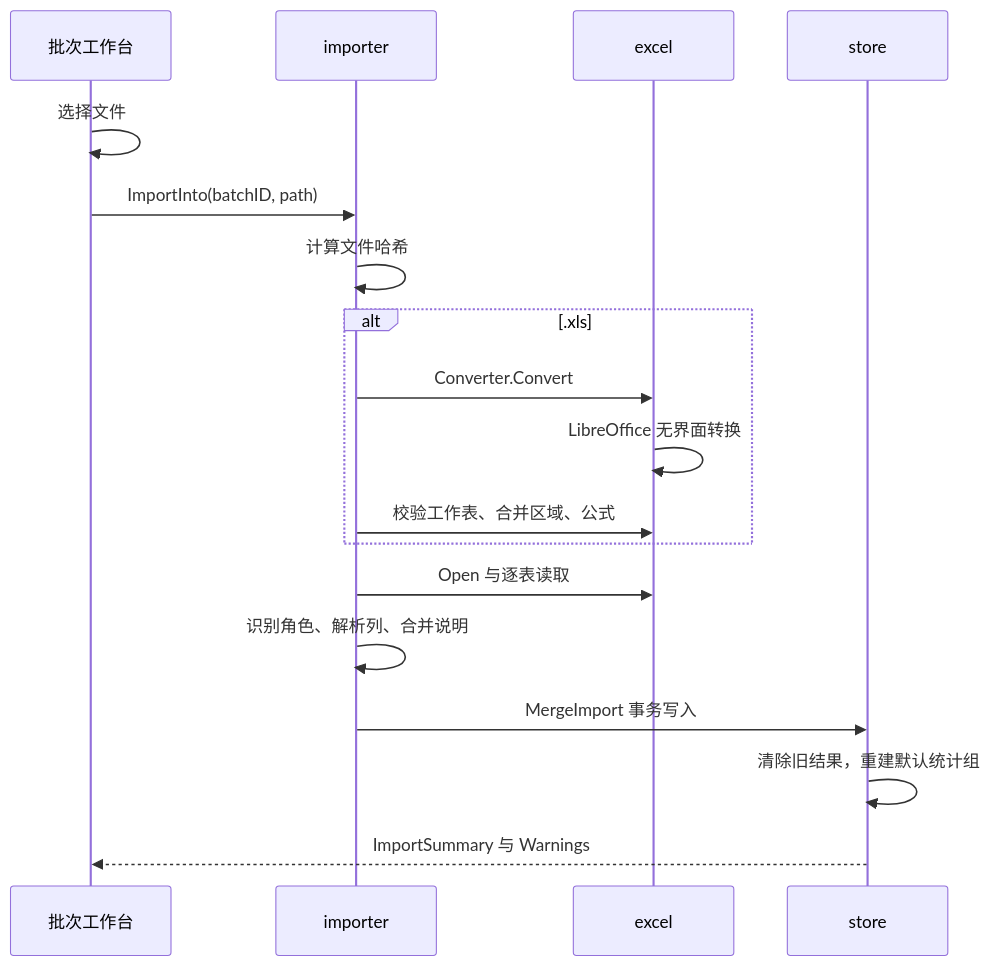
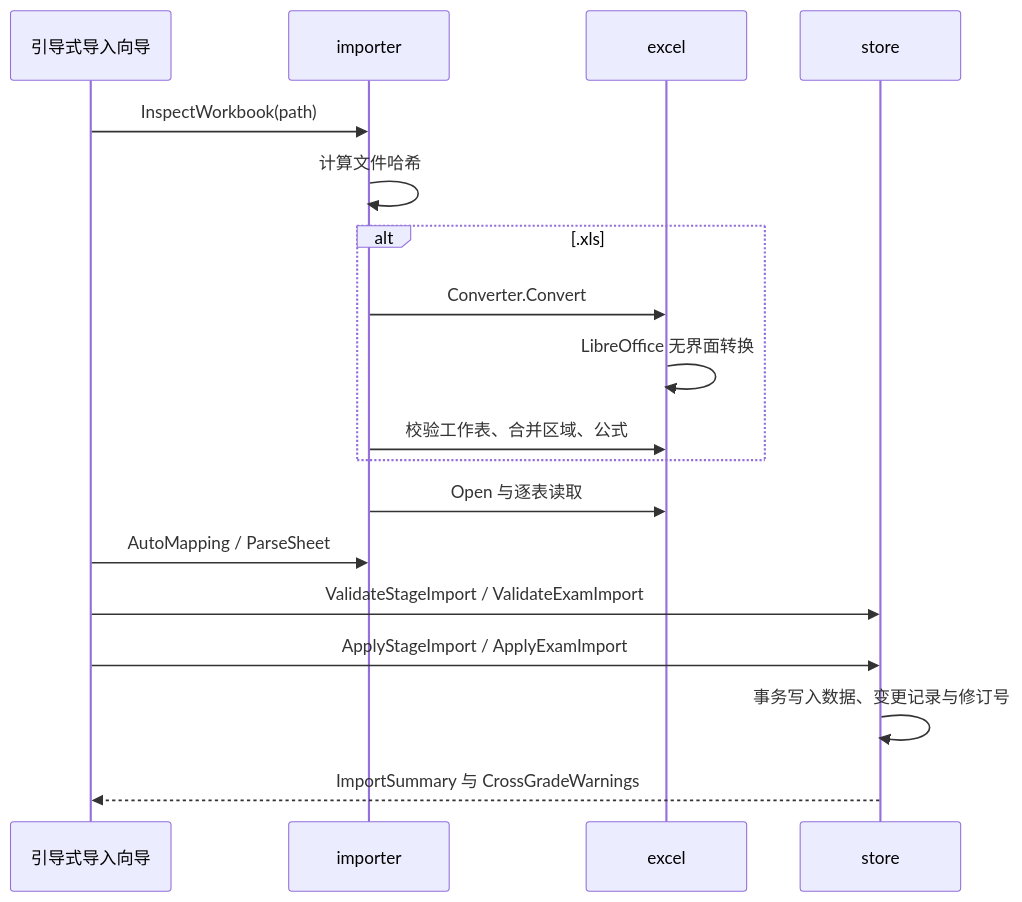
One commit to SivonLi/Tally changed the fourth of 6 diagrams in docs/system-design.md. Above: the diagram before and after it, drawn with Mermaid. The commit also changed other lines of this file and 2 other files, not shown here.

First line of the commit message:
docs: 同步 Schema v1 与全校档案界面的设计文档

````diff
--- a/docs/system-design.md
+++ b/docs/system-design.md
@@ -319,20 +237,20 @@
 ```mermaid
 sequenceDiagram
-  participant UI as 批次工作台
+  participant UI as 引导式导入向导
   participant I as importer
   participant X as excel
   participant DB as store
-  UI->>UI: 选择文件
-  UI->>I: ImportInto(batchID, path)
+  UI->>I: InspectWorkbook(path)
   I->>I: 计算文件哈希
   alt .xls
     I->>X: Converter.Convert
     X->>X: LibreOffice 无界面转换
     I->>X: 校验工作表、合并区域、公式
   end
   I->>X: Open 与逐表读取
-  I->>I: 识别角色、解析列、合并说明
-  I->>DB: MergeImport 事务写入
-  DB->>DB: 清除旧结果，重建默认统计组
-  DB-->>UI: ImportSummary 与 Warnings
+  UI->>I: AutoMapping / ParseSheet
+  UI->>DB: ValidateStageImport / ValidateExamImport
+  UI->>DB: ApplyStageImport / ApplyExamImport
+  DB->>DB: 事务写入数据、变更记录与修订号
+  DB-->>UI: ImportSummary 与 CrossGradeWarnings
 ```
````
